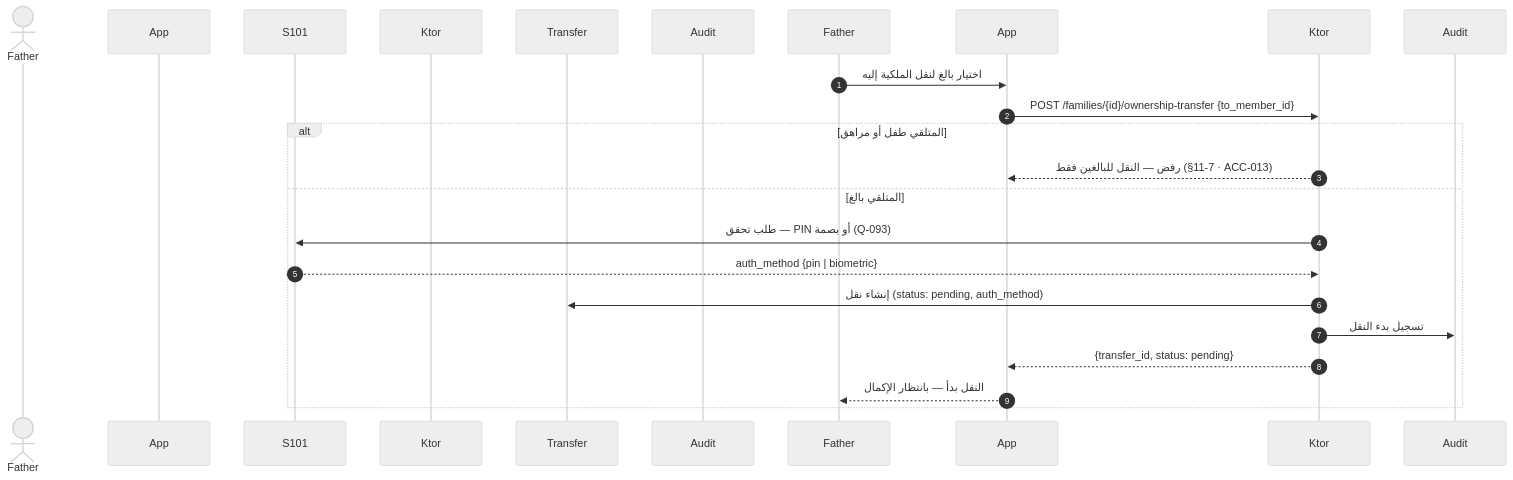
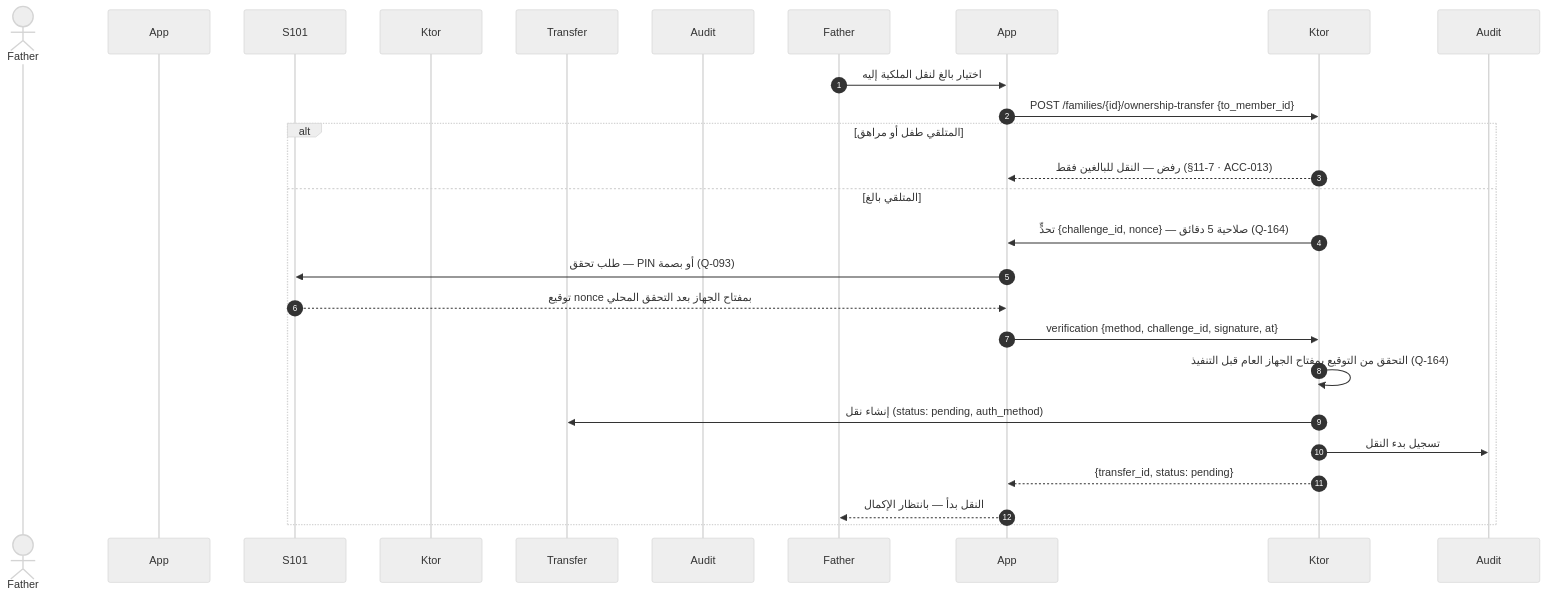
Before and after one commit to Bassam-mohammed-alqaeadi/family-os-v2: the seventh of 11 diagrams in docs/family-os/governance/phases/phase-1/S1-03-family-roles-and-permissions/DIAGRAMS.md, drawn with Mermaid (neutral theme). The commit also changed other lines of this file and 11 other files, not shown here.

````diff
--- a/docs/family-os/governance/phases/phase-1/S1-03-family-roles-and-permissions/DIAGRAMS.md
+++ b/docs/family-os/governance/phases/phase-1/S1-03-family-roles-and-permissions/DIAGRAMS.md
@@ -287,22 +291,25 @@
 ```mermaid
 sequenceDiagram
     autonumber
     actor الأب as Father
     participant التطبيق as App
     participant البوابة as S101
     participant الخادم as Ktor
     participant النقل as Transfer
     participant التدقيق as Audit
     Father->>App: اختيار بالغ لنقل الملكية إليه
     App->>Ktor: POST /families/{id}/ownership-transfer {to_member_id}
     alt المتلقي طفل أو مراهق
         Ktor-->>App: رفض — النقل للبالغين فقط (§7-11 · ACC-013)
     else المتلقي بالغ
-        Ktor->>البوابة: طلب تحقق — PIN أو بصمة (Q-093)
-        البوابة-->>Ktor: auth_method {pin | biometric}
+        Ktor->>App: تحدٍّ {challenge_id, nonce} — صلاحية 5 دقائق (Q-164)
+        App->>البوابة: طلب تحقق — PIN أو بصمة (Q-093)
+        البوابة-->>App: توقيع nonce بمفتاح الجهاز بعد التحقق المحلي
+        App->>Ktor: verification {method, challenge_id, signature, at}
+        Ktor->>Ktor: التحقق من التوقيع بمفتاح الجهاز العام قبل التنفيذ (Q-164)
         Ktor->>النقل: إنشاء نقل (status: pending, auth_method)
         Ktor->>Audit: تسجيل بدء النقل
         Ktor-->>App: {transfer_id, status: pending}
         App-->>Father: النقل بدأ — بانتظار الإكمال
     end
 ```
````
